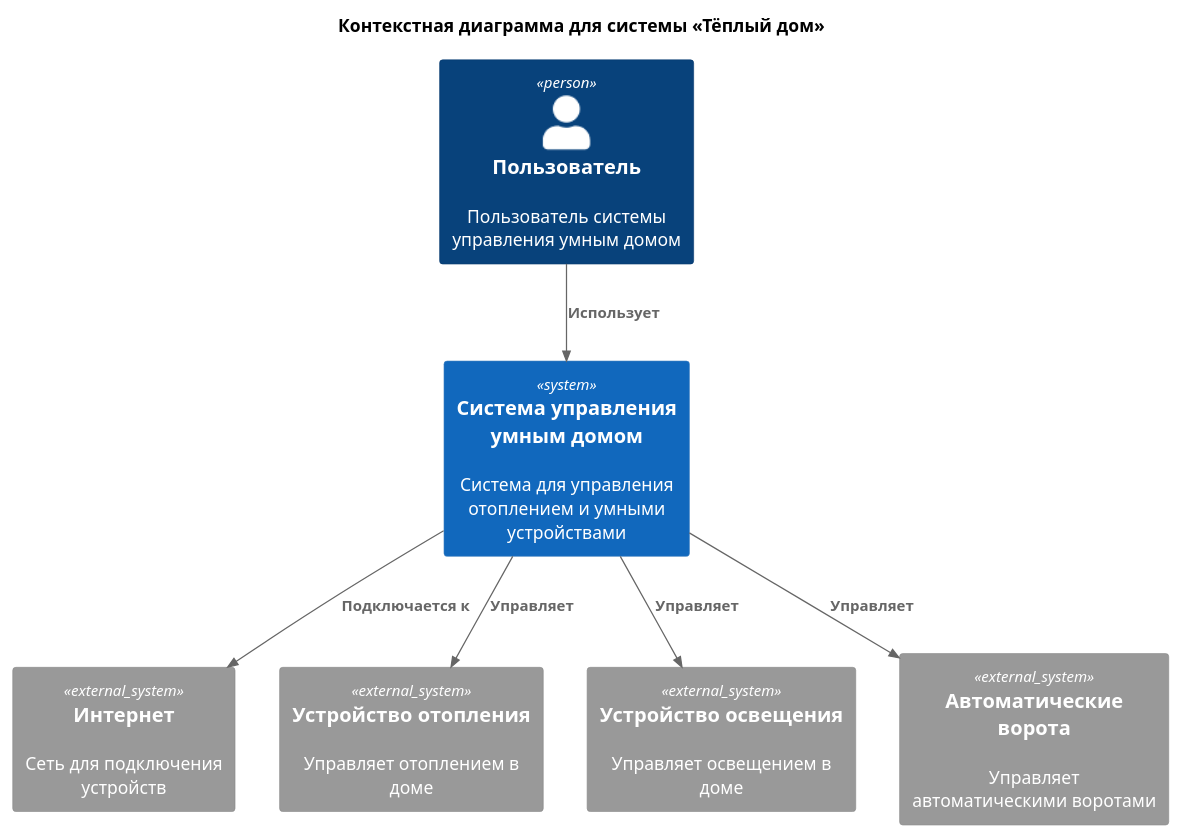
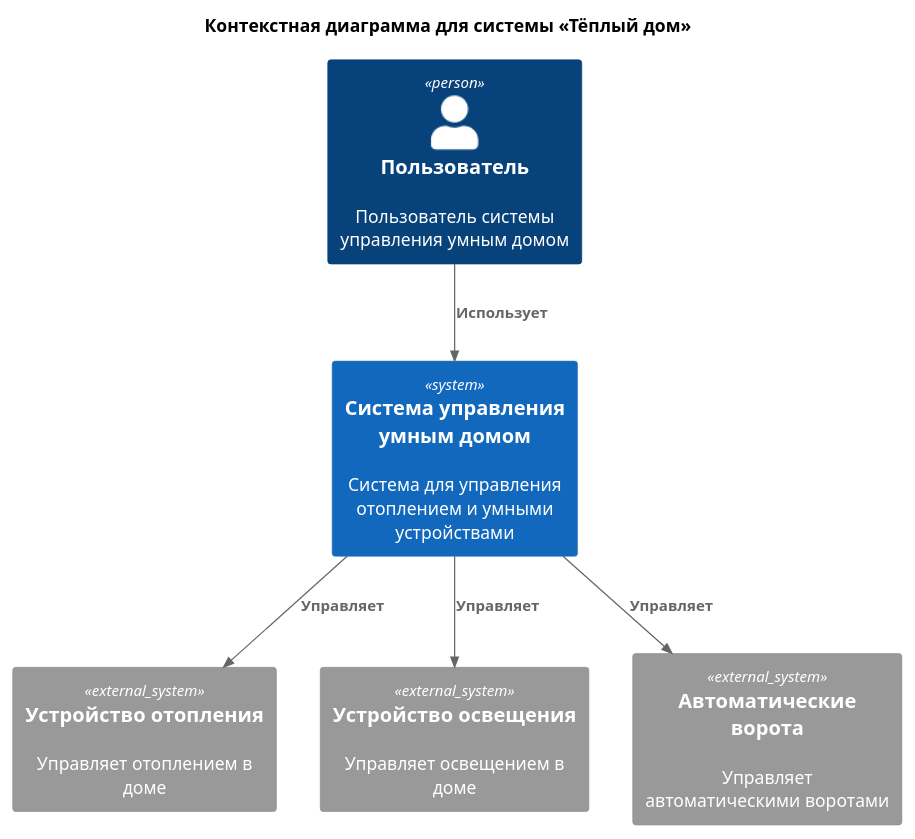
The diagram in diagrams/01/01_context_current-monolit.plantuml (spinel/swa16), drawn with PlantUML before and after one commit. The commit also changed 2 other files, not shown here.

```diff
--- a/diagrams/01/01_context_current-monolit.plantuml
+++ b/diagrams/01/01_context_current-monolit.plantuml
@@ -1,20 +1,18 @@
 @startuml
 title Контекстная диаграмма для системы «Тёплый дом»
 
 !includeurl https://raw.githubusercontent.com/RicardoNiepel/C4-PlantUML/master/C4_Context.puml
 
 Person(user, "Пользователь", "Пользователь системы управления умным домом")
 System(system, "Система управления умным домом", "Система для управления отоплением и умными устройствами")
 
-System_Ext(internet, "Интернет", "Сеть для подключения устройств")
 System_Ext(heatingDevice, "Устройство отопления", "Управляет отоплением в доме")
 System_Ext(lightDevice, "Устройство освещения", "Управляет освещением в доме")
 System_Ext(gateDevice, "Автоматические ворота", "Управляет автоматическими воротами")
 
 Rel(user, system, "Использует")
-Rel(system, internet, "Подключается к")
 Rel(system, heatingDevice, "Управляет")
 Rel(system, lightDevice, "Управляет")
 Rel(system, gateDevice, "Управляет")
 
-@enduml∆
+@enduml
```
